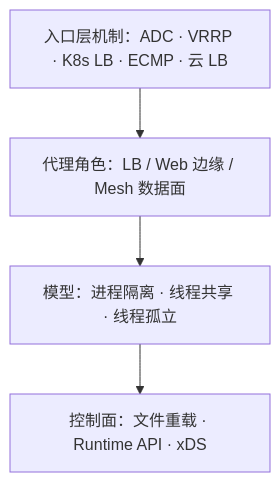
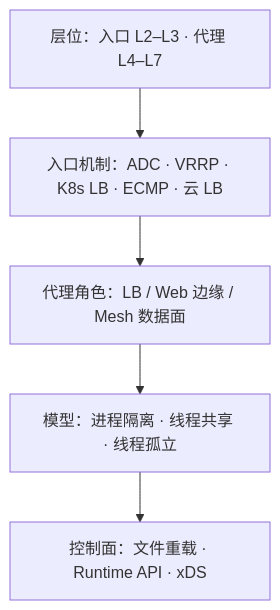
The seventh of 7 diagrams in 20-architecture/21a-haproxy-nginx-envoy-treatise.md (xiaxinyu/knowledge_base), drawn with Mermaid before and after one commit. The commit also changed other lines of this file and 1 other file, not shown here.

````diff
--- a/20-architecture/21a-haproxy-nginx-envoy-treatise.md
+++ b/20-architecture/21a-haproxy-nginx-envoy-treatise.md
@@ -574,6 +633,7 @@
 ```mermaid
 flowchart TB
-  V["入口层机制：ADC · VRRP · K8s LB · ECMP · 云 LB"] --> R["代理角色：LB / Web 边缘 / Mesh 数据面"]
+  L["层位：入口 L2–L3 · 代理 L4–L7"] --> V["入口机制：ADC · VRRP · K8s LB · ECMP · 云 LB"]
+  V --> R["代理角色：LB / Web 边缘 / Mesh 数据面"]
   R --> M["模型：进程隔离 · 线程共享 · 线程孤立"]
   M --> C["控制面：文件重载 · Runtime API · xDS"]
 ```
````
